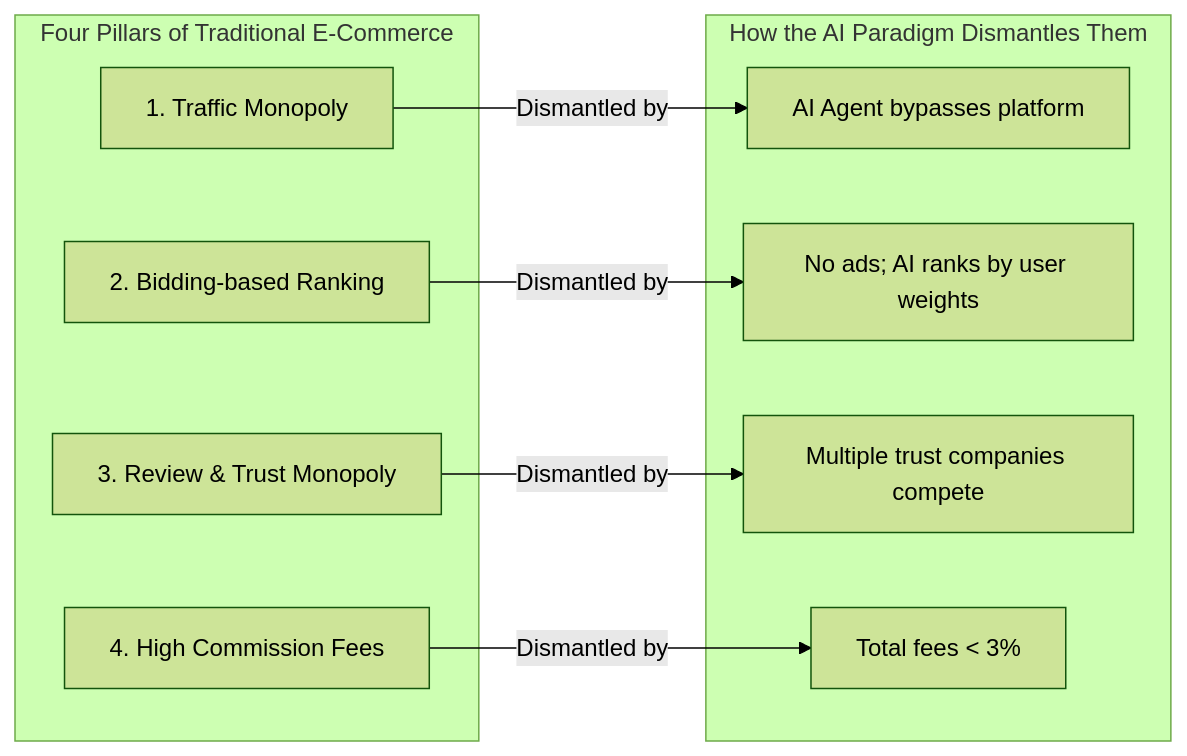
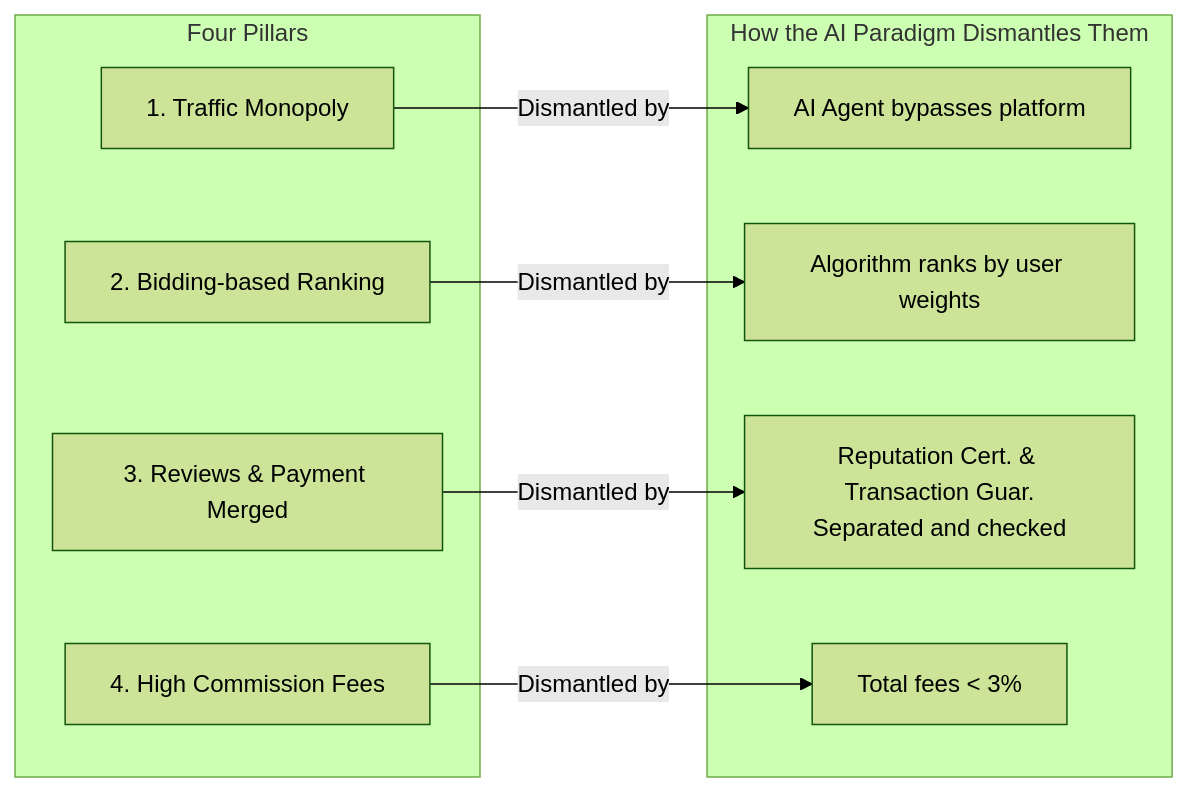
Before and after one commit to kaicen-x/ai-shopping-paradigm: the fifth of 7 diagrams in English/AI-Shopping-Paradigm.md, drawn with Mermaid (forest theme). The commit also changed other lines of this file and 4 other files, not shown here.

````diff
--- a/English/AI-Shopping-Paradigm.md
+++ b/English/AI-Shopping-Paradigm.md
@@ -168,21 +191,21 @@
 ```mermaid
 graph LR
- subgraph Four Pillars of Traditional E-Commerce
- T1[1. Traffic Monopoly]
- T2[2. Bidding-based Ranking]
- T3[3. Review & Trust Monopoly]
- T4[4. High Commission Fees]
- end
+    subgraph Four Pillars
+        T1[1. Traffic Monopoly]
+        T2[2. Bidding-based Ranking]
+        T3[3. Reviews & Payment Merged]
+        T4[4. High Commission Fees]
+    end
 
- subgraph How the AI Paradigm Dismantles Them
- N1[AI Agent bypasses platform]
- N2[No ads; AI ranks by user weights]
- N3[Multiple trust companies compete]
- N4[Total fees < 3%]
- end
+    subgraph How the AI Paradigm Dismantles Them
+        N1[AI Agent bypasses platform]
+        N2[Algorithm ranks by user weights]
+        N3[Reputation Cert. & Transaction Guar.<br/>Separated and checked]
+        N4[Total fees < 3%]
+    end
 
- T1 -->|Dismantled by| N1
- T2 -->|Dismantled by| N2
- T3 -->|Dismantled by| N3
- T4 -->|Dismantled by| N4
+    T1 -->|Dismantled by| N1
+    T2 -->|Dismantled by| N2
+    T3 -->|Dismantled by| N3
+    T4 -->|Dismantled by| N4
 ```
````
